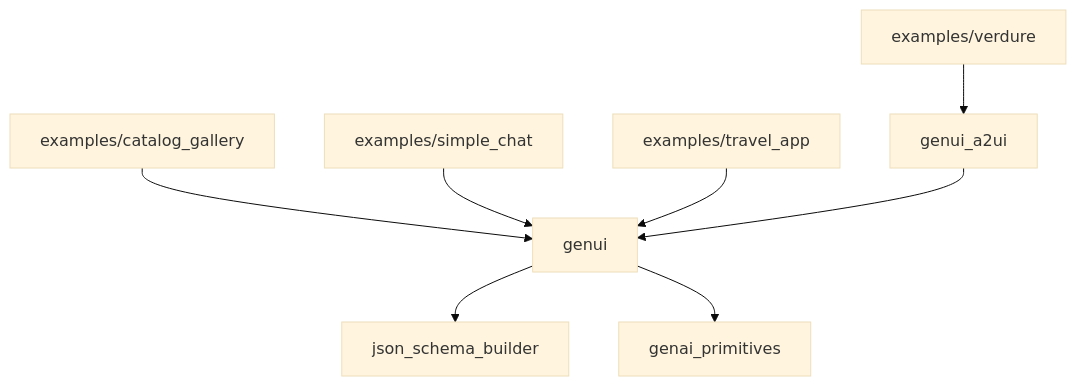
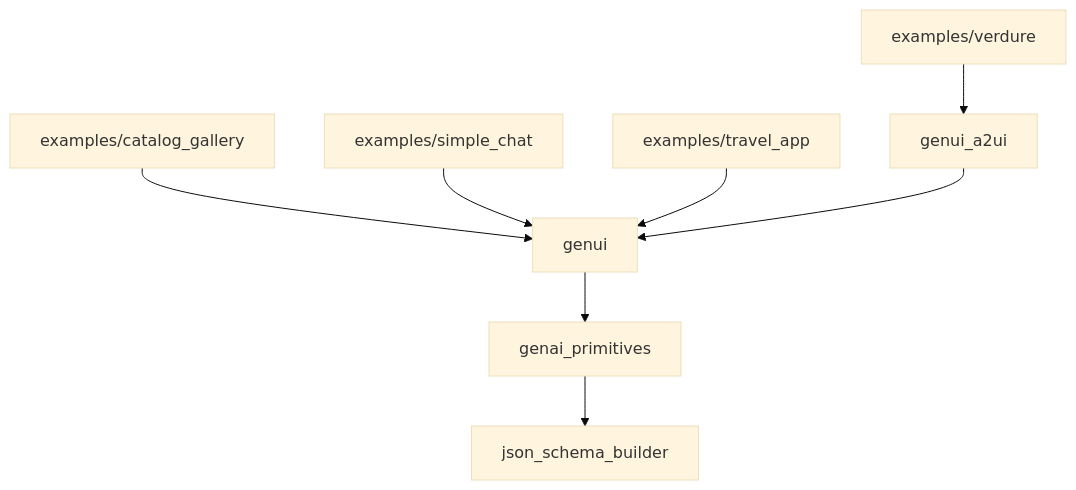
The diagram in README.md (polina-c/genui), drawn with Mermaid (base theme) before and after one commit.

Commit message:
Fix graph connections in README.md

````diff
--- a/README.md
+++ b/README.md
@@ -106,10 +106,10 @@
 ```mermaid
 graph TD
   examples/catalog_gallery --> genui
   examples/simple_chat --> genui
   examples/travel_app --> genui
-  examples/verdure --> genui_a2ui
-  genui --> json_schema_builder
+  examples/verdure --> genui_a2ui 
   genui_a2ui --> genui
   genui --> genai_primitives
+  genai_primitives --> json_schema_builder
 ```
````
